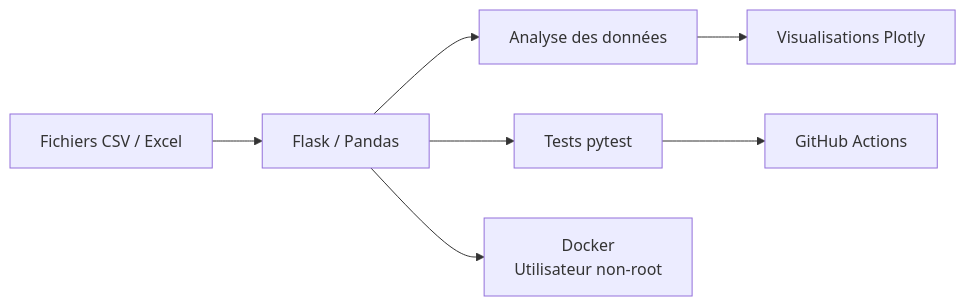
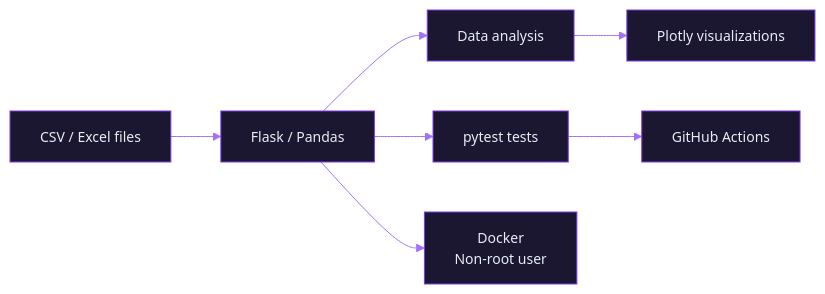
Before and after one commit to Samah-boudallaa/Samah-boudallaa: the third of 5 diagrams in README.md, drawn with Mermaid. The commit also changed other lines of this file, not shown here.

````diff
--- a/README.md
+++ b/README.md
@@ -224,9 +220,10 @@
 ```mermaid
+%%{init: {"theme":"base","themeVariables":{"primaryColor":"#1c1730","primaryTextColor":"#e6edf3","primaryBorderColor":"#7c3aed","lineColor":"#a371f7","secondaryColor":"#1c1730","tertiaryColor":"#0d1117","fontSize":"14px"}}}%%
 flowchart LR
-    A["Fichiers CSV / Excel"] --> B["Flask / Pandas"]
-    B --> C["Analyse des données"]
-    C --> D["Visualisations Plotly"]
-    B --> E["Tests pytest"]
+    A["CSV / Excel files"] --> B["Flask / Pandas"]
+    B --> C["Data analysis"]
+    C --> D["Plotly visualizations"]
+    B --> E["pytest tests"]
     E --> F["GitHub Actions"]
-    B --> G["Docker<br/>Utilisateur non-root"]
+    B --> G["Docker<br/>Non-root user"]
 ```
````
